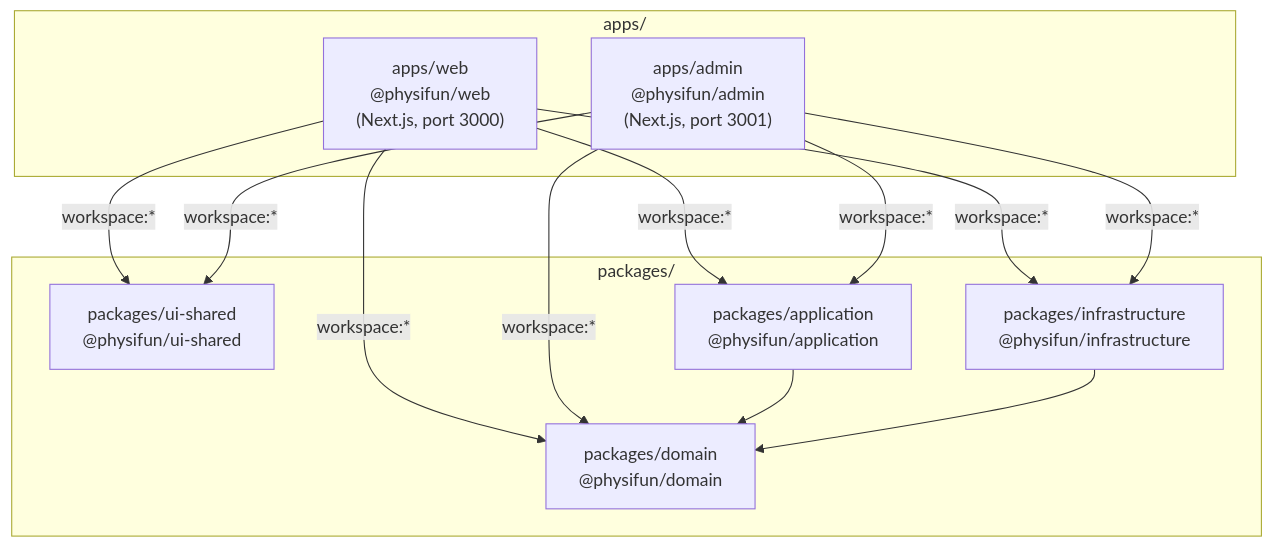
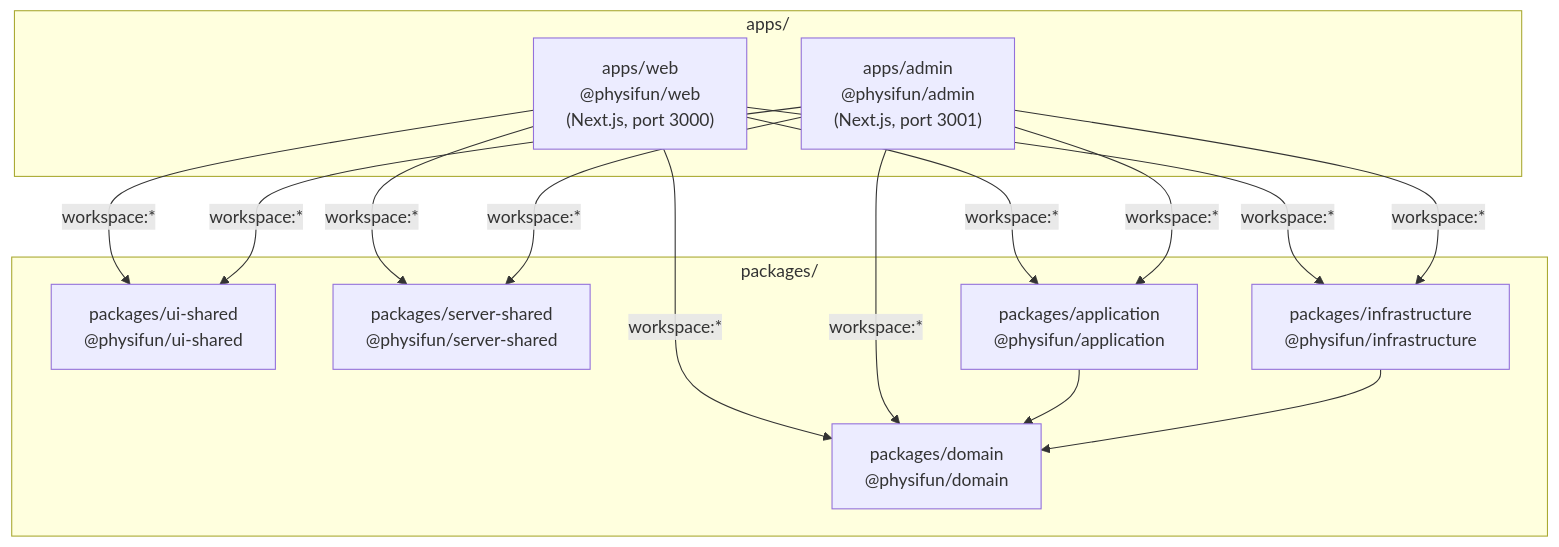
Before and after one commit to Physicalfunding/PhysiFun: the third of 8 diagrams in docs/specs/01_system-architecture.md, drawn with Mermaid. The commit also changed other lines of this file and 61 other files, not shown here.

First line of the commit message:
refactor: web / admin で重複しているサーバー側コードを packages/server-shared に集約する

````diff
--- a/docs/specs/01_system-architecture.md
+++ b/docs/specs/01_system-architecture.md
@@ -149,25 +149,28 @@
 ```mermaid
 flowchart TB
     subgraph Apps["apps/"]
         Web["apps/web<br/>@physifun/web<br/>(Next.js, port 3000)"]
         Admin["apps/admin<br/>@physifun/admin<br/>(Next.js, port 3001)"]
     end
 
     subgraph Packages["packages/"]
         UIShared["packages/ui-shared<br/>@physifun/ui-shared"]
+        ServerShared["packages/server-shared<br/>@physifun/server-shared"]
         Application["packages/application<br/>@physifun/application"]
         Infrastructure["packages/infrastructure<br/>@physifun/infrastructure"]
         Domain["packages/domain<br/>@physifun/domain"]
     end
 
     Web -->|workspace:*| UIShared
+    Web -->|workspace:*| ServerShared
     Web -->|workspace:*| Application
     Web -->|workspace:*| Infrastructure
     Web -->|workspace:*| Domain
     Admin -->|workspace:*| UIShared
+    Admin -->|workspace:*| ServerShared
     Admin -->|workspace:*| Application
     Admin -->|workspace:*| Infrastructure
     Admin -->|workspace:*| Domain
     Application --> Domain
     Infrastructure --> Domain
 ```
````
